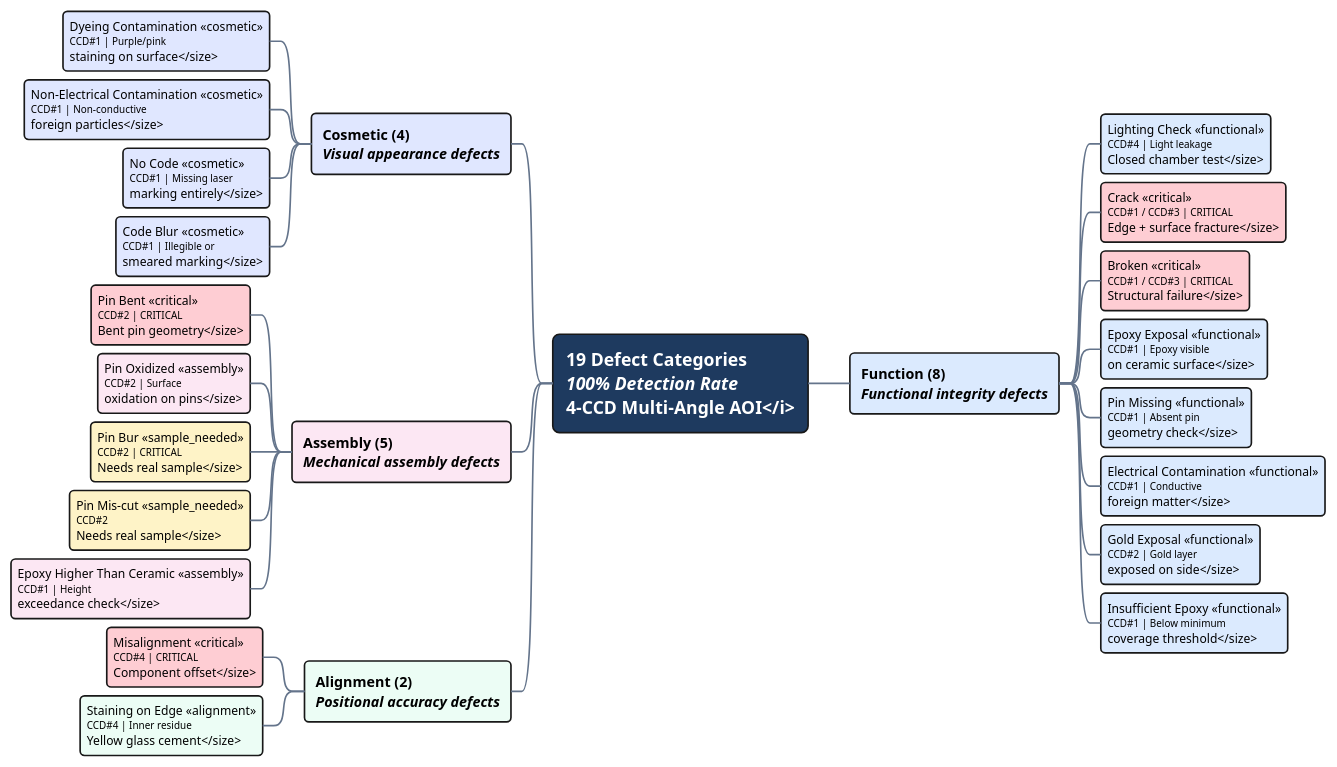
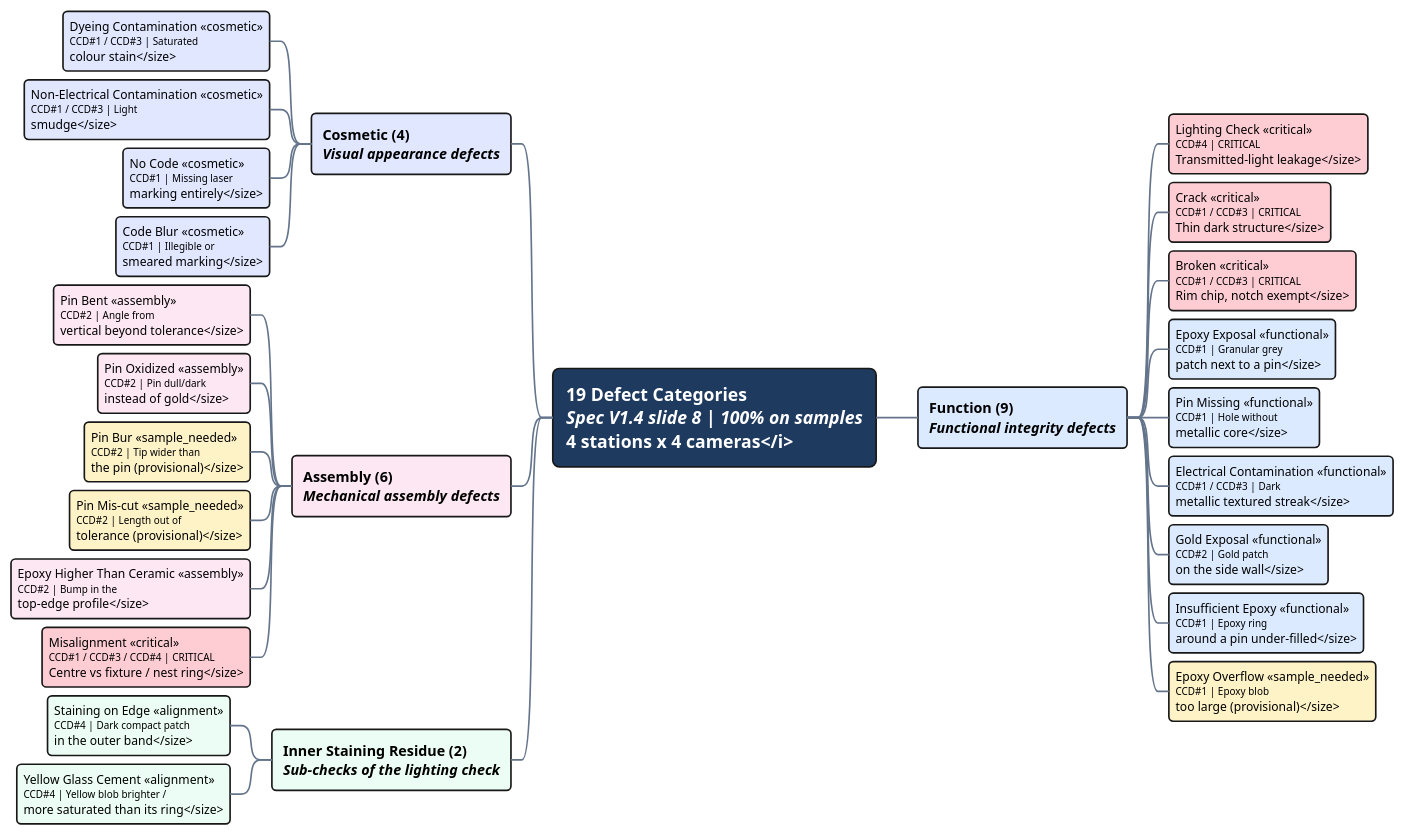
Before and after one commit to Rongxuan-Zhou/AOI-sys-for-TI: the diagram in docs/diagrams/defect-taxonomy.md, drawn with PlantUML. The commit also changed other lines of this file and 8 other files, not shown here.

Commit message:
docs: align src/README and design docs with the V1.4 implementation (chamber geometry, 4 cameras per station, 15 axes, I/O counts, taxonomy)

````diff
--- a/docs/diagrams/defect-taxonomy.md
+++ b/docs/diagrams/defect-taxonomy.md
@@ -62,40 +62,42 @@
 }
 </style>
 
-*[#1e3a5f] <b>19 Defect Categories</b>\n<i>100% Detection Rate\n4-CCD Multi-Angle AOI</i>
+*[#1e3a5f] <b>19 Defect Categories</b>\n<i>Spec V1.4 slide 8 | 100% on samples\n4 stations x 4 cameras</i>
 
-**[#dbeafe]:Function (8)
+**[#dbeafe]:Function (9)
 <i>Functional integrity defects</i>;
-***[#dbeafe] Lighting Check <<functional>>\n<size:9>CCD#4 | Light leakage\nClosed chamber test</size>
-***[#fecdd3] Crack <<critical>>\n<size:9>CCD#1 / CCD#3 | CRITICAL\nEdge + surface fracture</size>
-***[#fecdd3] Broken <<critical>>\n<size:9>CCD#1 / CCD#3 | CRITICAL\nStructural failure</size>
-***[#dbeafe] Epoxy Exposal <<functional>>\n<size:9>CCD#1 | Epoxy visible\non ceramic surface</size>
-***[#dbeafe] Pin Missing <<functional>>\n<size:9>CCD#1 | Absent pin\ngeometry check</size>
-***[#dbeafe] Electrical Contamination <<functional>>\n<size:9>CCD#1 | Conductive\nforeign matter</size>
-***[#dbeafe] Gold Exposal <<functional>>\n<size:9>CCD#2 | Gold layer\nexposed on side</size>
-***[#dbeafe] Insufficient Epoxy <<functional>>\n<size:9>CCD#1 | Below minimum\ncoverage threshold</size>
+***[#fecdd3] Lighting Check <<critical>>\n<size:9>CCD#4 | CRITICAL\nTransmitted-light leakage</size>
+***[#fecdd3] Crack <<critical>>\n<size:9>CCD#1 / CCD#3 | CRITICAL\nThin dark structure</size>
+***[#fecdd3] Broken <<critical>>\n<size:9>CCD#1 / CCD#3 | CRITICAL\nRim chip, notch exempt</size>
+***[#dbeafe] Epoxy Exposal <<functional>>\n<size:9>CCD#1 | Granular grey\npatch next to a pin</size>
+***[#dbeafe] Pin Missing <<functional>>\n<size:9>CCD#1 | Hole without\nmetallic core</size>
+***[#dbeafe] Electrical Contamination <<functional>>\n<size:9>CCD#1 / CCD#3 | Dark\nmetallic textured streak</size>
+***[#dbeafe] Gold Exposal <<functional>>\n<size:9>CCD#2 | Gold patch\non the side wall</size>
+***[#dbeafe] Insufficient Epoxy <<functional>>\n<size:9>CCD#1 | Epoxy ring\naround a pin under-filled</size>
+***[#fef3c7] Epoxy Overflow <<sample_needed>>\n<size:9>CCD#1 | Epoxy blob\ntoo large (provisional)</size>
 
 left side
 
 **[#e0e7ff]:Cosmetic (4)
 <i>Visual appearance defects</i>;
-***[#e0e7ff] Dyeing Contamination <<cosmetic>>\n<size:9>CCD#1 | Purple/pink\nstaining on surface</size>
-***[#e0e7ff] Non-Electrical Contamination <<cosmetic>>\n<size:9>CCD#1 | Non-conductive\nforeign particles</size>
+***[#e0e7ff] Dyeing Contamination <<cosmetic>>\n<size:9>CCD#1 / CCD#3 | Saturated\ncolour stain</size>
+***[#e0e7ff] Non-Electrical Contamination <<cosmetic>>\n<size:9>CCD#1 / CCD#3 | Light\nsmudge</size>
 ***[#e0e7ff] No Code <<cosmetic>>\n<size:9>CCD#1 | Missing laser\nmarking entirely</size>
 ***[#e0e7ff] Code Blur <<cosmetic>>\n<size:9>CCD#1 | Illegible or\nsmeared marking</size>
 
-**[#fce7f3]:Assembly (5)
+**[#fce7f3]:Assembly (6)
 <i>Mechanical assembly defects</i>;
-***[#fecdd3] Pin Bent <<critical>>\n<size:9>CCD#2 | CRITICAL\nBent pin geometry</size>
-***[#fce7f3] Pin Oxidized <<assembly>>\n<size:9>CCD#2 | Surface\noxidation on pins</size>
-***[#fef3c7] Pin Bur <<sample_needed>>\n<size:9>CCD#2 | CRITICAL\nNeeds real sample</size>
-***[#fef3c7] Pin Mis-cut <<sample_needed>>\n<size:9>CCD#2\nNeeds real sample</size>
-***[#fce7f3] Epoxy Higher Than Ceramic <<assembly>>\n<size:9>CCD#1 | Height\nexceedance check</size>
+***[#fce7f3] Pin Bent <<assembly>>\n<size:9>CCD#2 | Angle from\nvertical beyond tolerance</size>
+***[#fce7f3] Pin Oxidized <<assembly>>\n<size:9>CCD#2 | Pin dull/dark\ninstead of gold</size>
+***[#fef3c7] Pin Bur <<sample_needed>>\n<size:9>CCD#2 | Tip wider than\nthe pin (provisional)</size>
+***[#fef3c7] Pin Mis-cut <<sample_needed>>\n<size:9>CCD#2 | Length out of\ntolerance (provisional)</size>
+***[#fce7f3] Epoxy Higher Than Ceramic <<assembly>>\n<size:9>CCD#2 | Bump in the\ntop-edge profile</size>
+***[#fecdd3] Misalignment <<critical>>\n<size:9>CCD#1 / CCD#3 / CCD#4 | CRITICAL\nCentre vs fixture / nest ring</size>
 
-**[#ecfdf5]:Alignment (2)
-<i>Positional accuracy defects</i>;
-***[#fecdd3] Misalignment <<critical>>\n<size:9>CCD#4 | CRITICAL\nComponent offset</size>
-***[#ecfdf5] Staining on Edge <<alignment>>\n<size:9>CCD#4 | Inner residue\nYellow glass cement</size>
+**[#ecfdf5]:Inner Staining Residue (2)
+<i>Sub-checks of the lighting check</i>;
+***[#ecfdf5] Staining on Edge <<alignment>>\n<size:9>CCD#4 | Dark compact patch\nin the outer band</size>
+***[#ecfdf5] Yellow Glass Cement <<alignment>>\n<size:9>CCD#4 | Yellow blob brighter /\nmore saturated than its ring</size>
 
 @endmindmap
 ```
````
